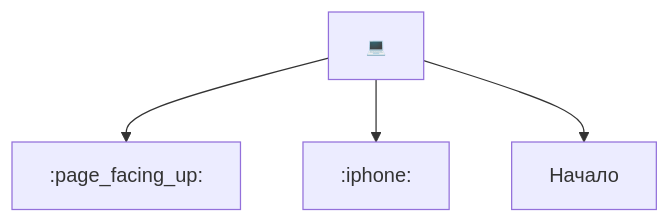
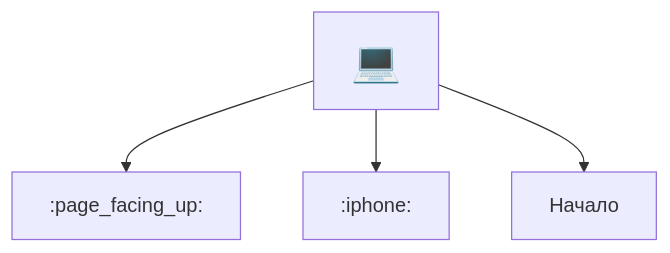
The first of 16 diagrams in Docs/Scenario-Multisig.md (BlockchainCommons/SmartCustody), drawn with Mermaid before and after one commit.

````diff
--- a/Docs/Scenario-Multisig.md
+++ b/Docs/Scenario-Multisig.md
@@ -18,10 +18,10 @@
 ```mermaid
     graph TD;
-    A["<font size="2em">💻</font>"]
+    A["<font size=6>💻"]
     B[:page_facing_up:]
     C[:iphone:]
     D[Начало]
     A-->B;
     A-->C;
     A-->D;
 ```
````
